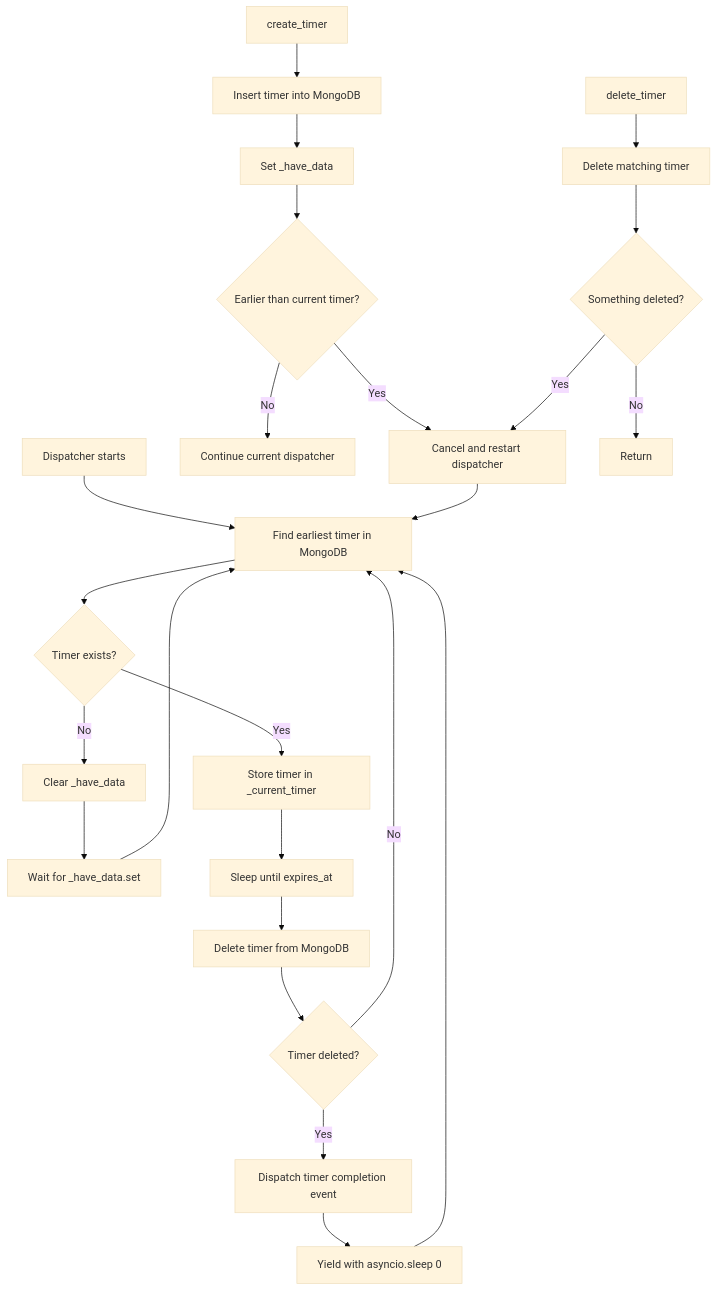
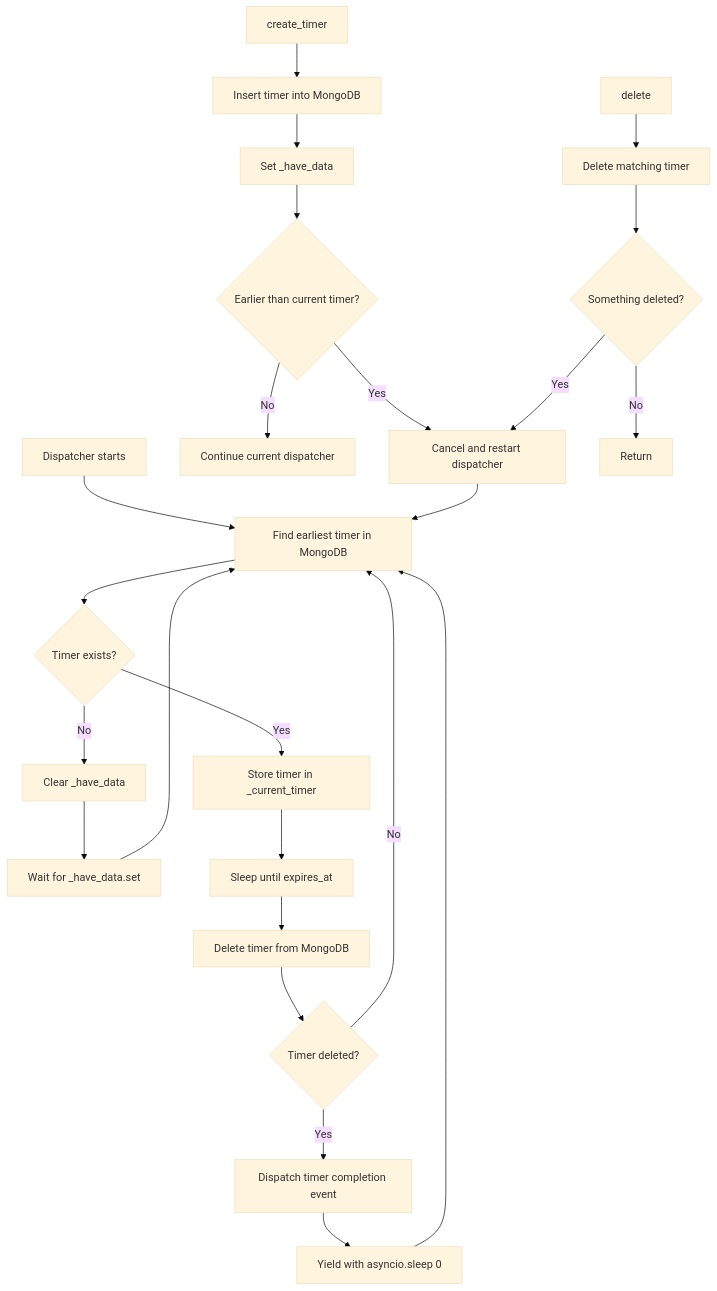
One commit to rtk-rnjn/Parrot changed the first of 7 diagrams in core/utils/timer_dispatcher/README.md. Above: the diagram before and after it, drawn with Mermaid (base theme). The commit also changed other lines of this file and 5 other files, not shown here.

````diff
--- a/core/utils/timer_dispatcher/README.md
+++ b/core/utils/timer_dispatcher/README.md
@@ -23,35 +23,35 @@
 ```mermaid
 flowchart TD
     A[Dispatcher starts] --> B[Find earliest timer in MongoDB]
 
     B --> C{Timer exists?}
 
     C -- No --> D[Clear _have_data]
     D --> E[Wait for _have_data.set]
     E --> B
 
     C -- Yes --> F[Store timer in _current_timer]
     F --> G[Sleep until expires_at]
 
     G --> H[Delete timer from MongoDB]
     H --> I{Timer deleted?}
 
     I -- No --> B
     I -- Yes --> J[Dispatch timer completion event]
 
     J --> K[Yield with asyncio.sleep 0]
     K --> B
 
     L[create_timer] --> M[Insert timer into MongoDB]
     M --> N[Set _have_data]
 
     N --> O{Earlier than current timer?}
     O -- No --> P[Continue current dispatcher]
     O -- Yes --> Q[Cancel and restart dispatcher]
     Q --> B
 
-    R[delete_timer] --> S[Delete matching timer]
+    R[delete] --> S[Delete matching timer]
     S --> T{Something deleted?}
     T -- No --> U[Return]
     T -- Yes --> Q
 ```
````
